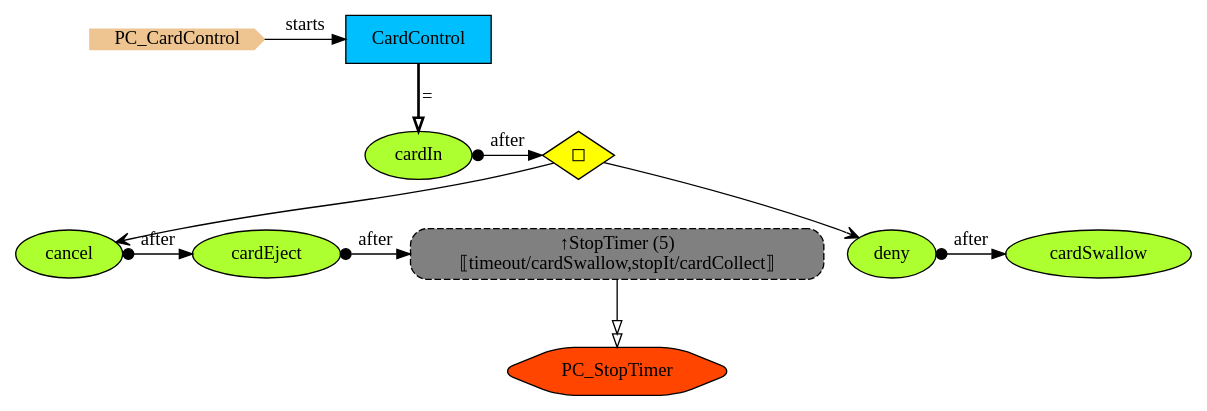
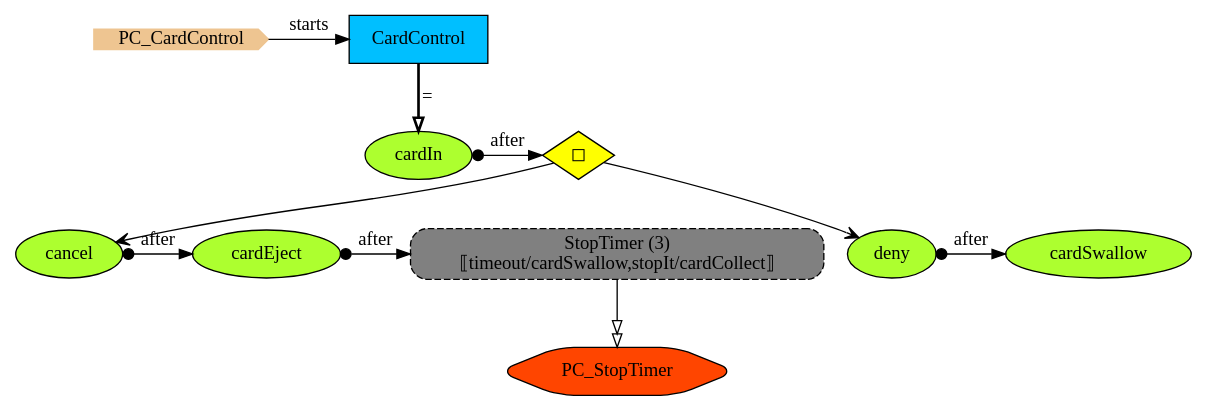
One commit to namalio/Fragmenta changed the diagram in Haskell/PCs/Examples/img/PC_CardControl.gv. Above: the diagram before and after it, drawn with Graphviz. The commit also changed 265 other files, not shown here.

```diff
--- a/Haskell/PCs/Examples/img/PC_CardControl.gv
+++ b/Haskell/PCs/Examples/img/PC_CardControl.gv
@@ -1,29 +1,30 @@
 digraph {
 
 StartN_ [shape = cds,color=burlywood2,style=filled,height=.2,width=.2, label =PC_CardControl];
+
 cardIn [shape=ellipse,fillcolor=greenyellow,style=filled,label="cardIn"];
 cancel [shape=ellipse,fillcolor=greenyellow,style=filled,label="cancel"];
 deny [shape=ellipse,fillcolor=greenyellow,style=filled,label="deny"];
 cardSwallow [shape=ellipse,fillcolor=greenyellow,style=filled,label="cardSwallow"];
-RefStopTimer [shape=rectangle,fillcolor=gray,style="rounded,filled,dashed",label="↑StopTimer (5)
+RefStopTimer [shape=rectangle,fillcolor=gray,style="rounded,filled,dashed",label="StopTimer (3)
 ⟦timeout/cardSwallow,stopIt/cardCollect⟧"];
 StopTimerI [shape=hexagon,fillcolor=orangered,style="filled,rounded",label =PC_StopTimer];
 cardEject [shape=ellipse,fillcolor=greenyellow,style=filled,label="cardEject"];
 OpDoCardIn [shape=diamond,fillcolor=yellow,style=filled,label="◻︎"];
-CardControl [shape=box,fillcolor=deepskyblue,style = filled,label="CardControl "];
+CardControl [shape=box,fillcolor=deepskyblue,style = filled,label="CardControl"];
 
 {rank=same;cardSwallow,deny}
 {rank=same;OpDoCardIn,cardIn}
 {rank=same;RefStopTimer,cardEject,cancel}
 {rank=same;CardControl,StartN_}
 
 deny->cardSwallow[arrowtail=dot,dir=both,label="after"];
 RefStopTimer->StopTimerI[arrowhead="normalnormal",fillcolor=white,label=" "];
 OpDoCardIn->deny[arrowhead="open"];
 cardIn->OpDoCardIn[arrowtail=dot,dir=both,label="after"];
 OpDoCardIn->cancel[arrowhead="open"];
 cancel->cardEject[arrowtail=dot,dir=both,label="after"];
 cardEject->RefStopTimer[arrowtail=dot,dir=both,label="after"];
 CardControl->cardIn[arrowhead="onormal",penwidth=2,label="="];
 StartN_->CardControl[label="starts"];
 }
```
